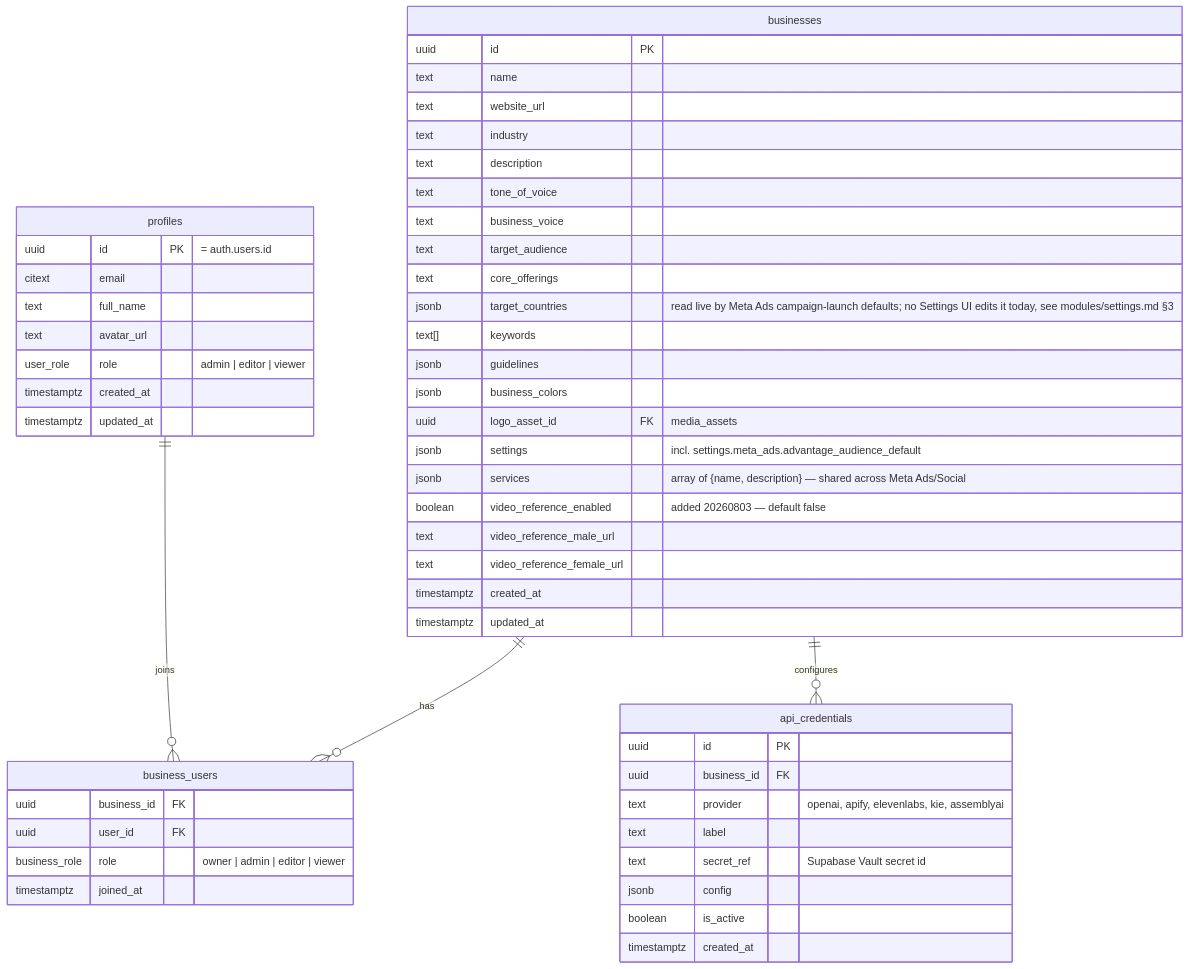
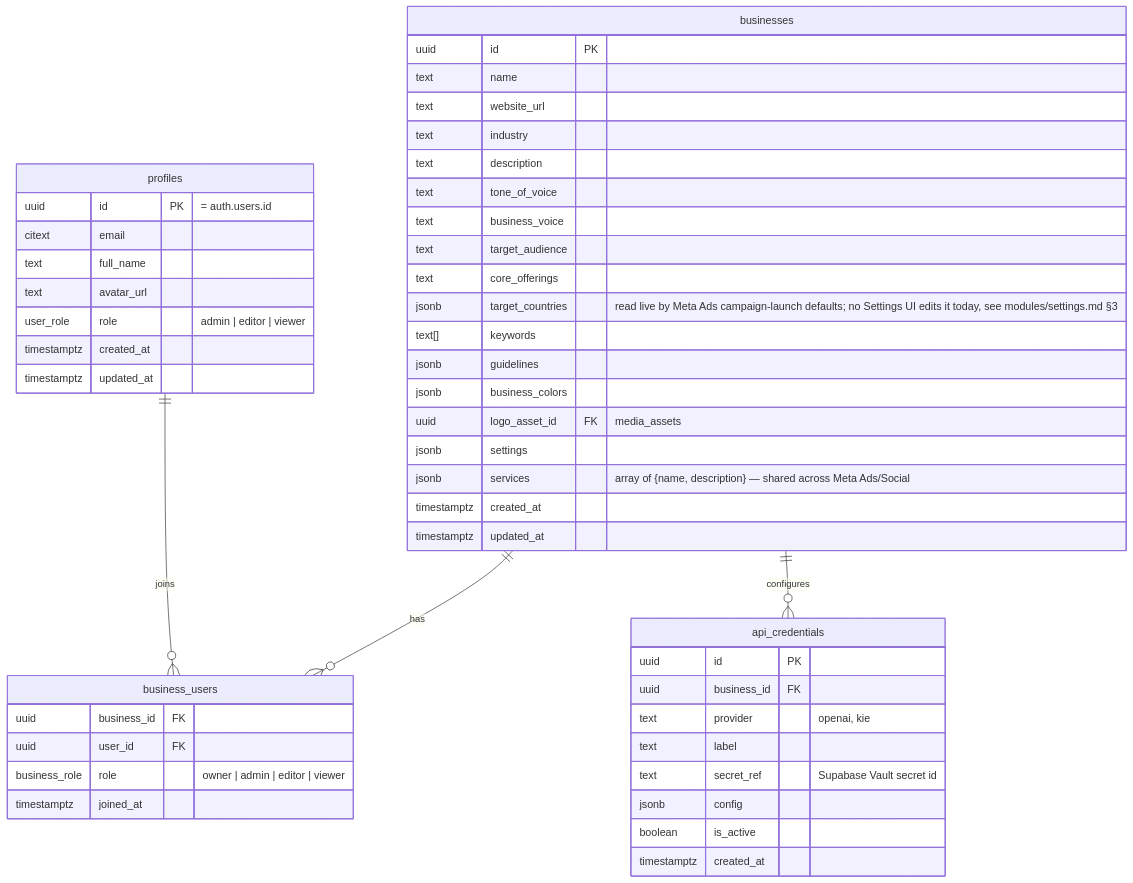
The first of 3 diagrams in docs/architecture/database_schema.md (Aumatic-AI/kangroo-Kinetix), drawn with Mermaid before and after one commit. The commit also changed other lines of this file and 235 other files, not shown here.

````diff
--- a/docs/architecture/database_schema.md
+++ b/docs/architecture/database_schema.md
@@ -19,58 +17,55 @@
 ```mermaid
 erDiagram
     profiles ||--o{ business_users : "joins"
     businesses ||--o{ business_users : "has"
     businesses ||--o{ api_credentials : "configures"
 
     profiles {
         uuid id PK "= auth.users.id"
         citext email
         text full_name
         text avatar_url
         user_role role "admin | editor | viewer"
         timestamptz created_at
         timestamptz updated_at
     }
 
     businesses {
         uuid id PK
         text name
         text website_url
         text industry
         text description
         text tone_of_voice
         text business_voice
         text target_audience
         text core_offerings
         jsonb target_countries "read live by Meta Ads campaign-launch defaults; no Settings UI edits it today, see modules/settings.md §3"
         text[] keywords
         jsonb guidelines
         jsonb business_colors
         uuid logo_asset_id FK "media_assets"
-        jsonb settings "incl. settings.meta_ads.advantage_audience_default"
+        jsonb settings
         jsonb services "array of {name, description} — shared across Meta Ads/Social"
-        boolean video_reference_enabled "added 20260803 — default false"
-        text video_reference_male_url
-        text video_reference_female_url
         timestamptz created_at
         timestamptz updated_at
     }
 
     business_users {
         uuid business_id FK
         uuid user_id FK
         business_role role "owner | admin | editor | viewer"
         timestamptz joined_at
     }
 
     api_credentials {
         uuid id PK
         uuid business_id FK
-        text provider "openai, apify, elevenlabs, kie, assemblyai"
+        text provider "openai, kie"
         text label
         text secret_ref "Supabase Vault secret id"
         jsonb config
         boolean is_active
         timestamptz created_at
     }
 ```
````
